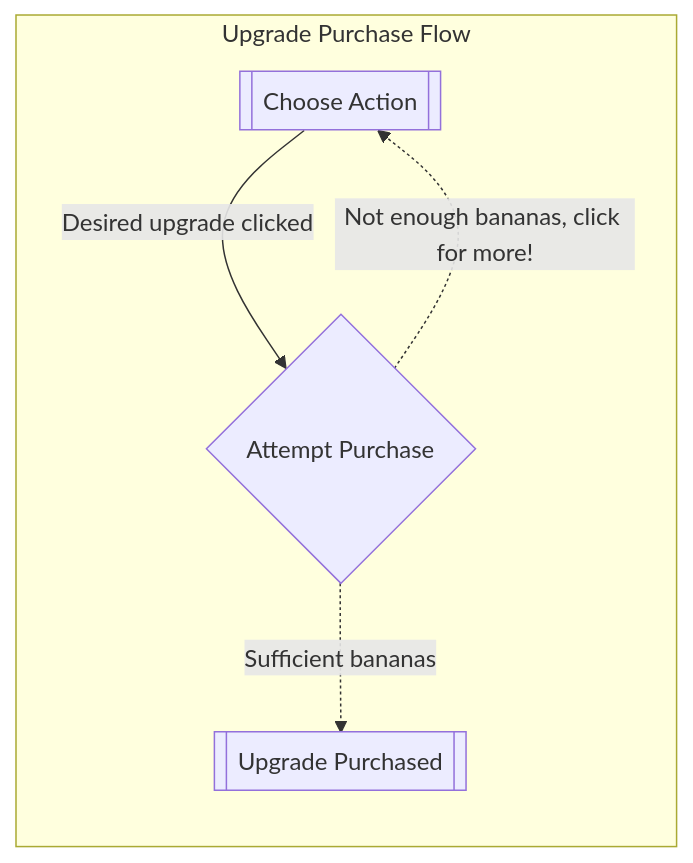
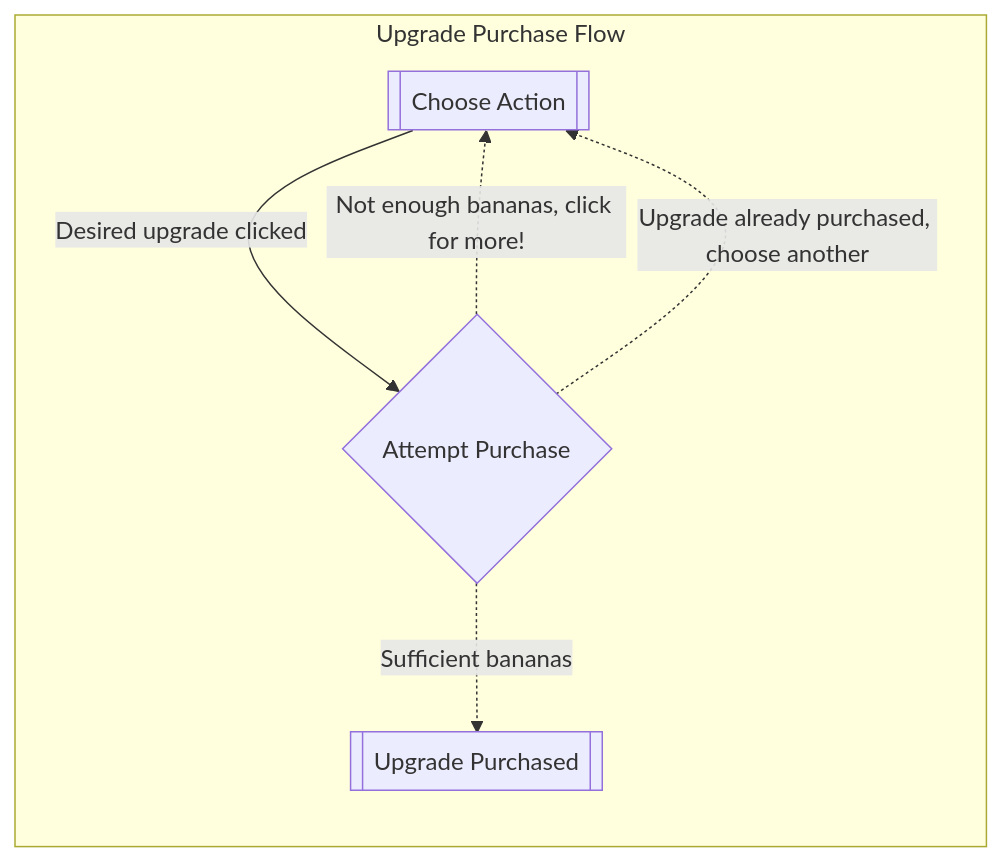
One commit to LiamMcCausland/Banana-Clicker changed the second of 2 diagrams in flows.md. Above: the diagram before and after it, drawn with Mermaid.

Commit message:
Added error path for already purchased upgrades.

````diff
--- a/flows.md
+++ b/flows.md
@@ -30,13 +30,14 @@
 ```mermaid
     flowchart TB
     subgraph Upgrade Purchase Flow
         direction TB
         getAction2[[Choose Action]]
         purchaseU{Attempt Purchase}
         purchaseSuccess[[Upgrade Purchased]]
 
         getAction2 -- Desired upgrade clicked --> purchaseU
         purchaseU -. Not enough bananas, click for more! .-> getAction2
+        purchaseU -. Upgrade already purchased, choose another .-> getAction2
         purchaseU -. Sufficient bananas .-> purchaseSuccess
     end
 ```
````
